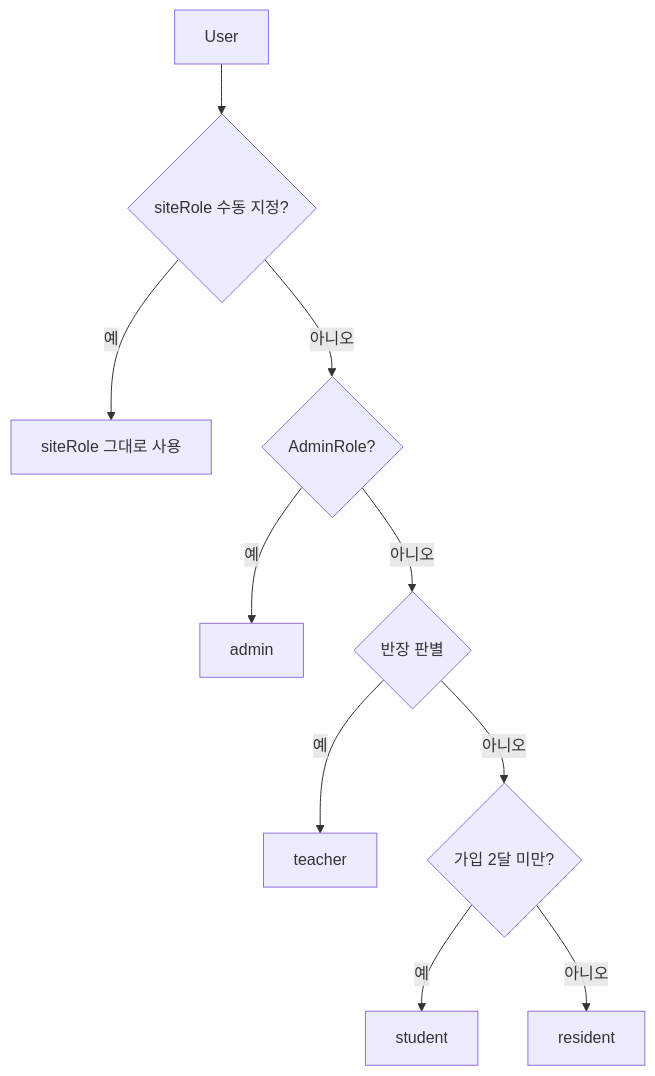
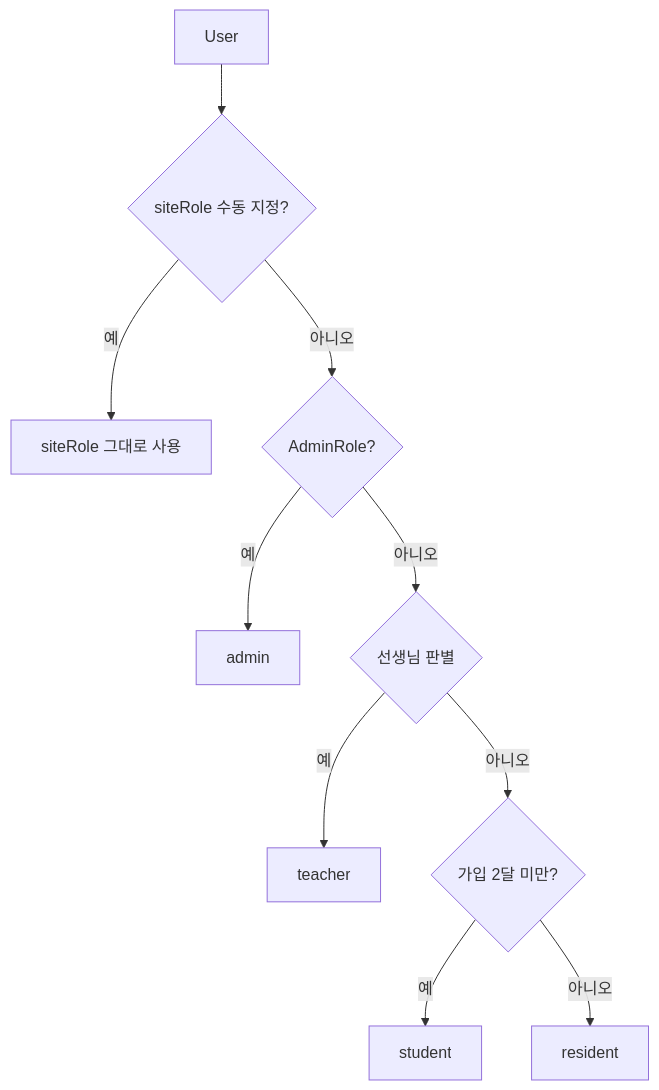
Before and after one commit to zyansuh/ow_school: the first of 3 diagrams in README.md, drawn with Mermaid. The commit also changed other lines of this file and 1 other file, not shown here.

````diff
--- a/README.md
+++ b/README.md
@@ -85,12 +85,12 @@
 ```mermaid
 flowchart TD
     A[User] --> B{siteRole 수동 지정?}
     B -->|예| C[siteRole 그대로 사용]
     B -->|아니오| D{AdminRole?}
     D -->|예| E[admin]
-    D -->|아니오| F{반장 판별}
+    D -->|아니오| F{선생님 판별}
     F -->|예| G[teacher]
     F -->|아니오| H{가입 2달 미만?}
     H -->|예| I[student]
     H -->|아니오| J[resident]
 ```
````
